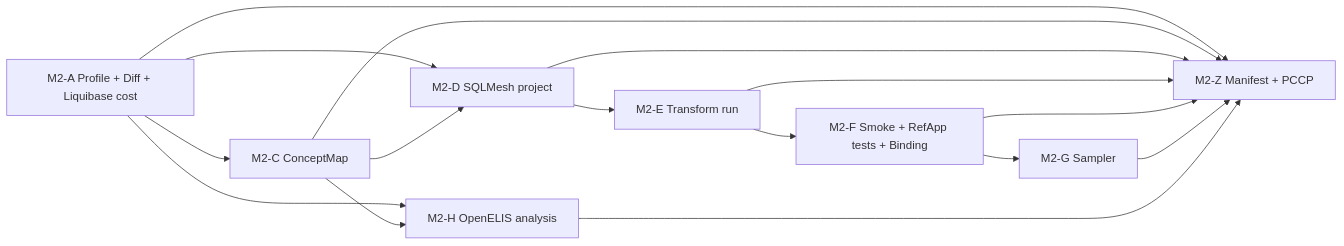
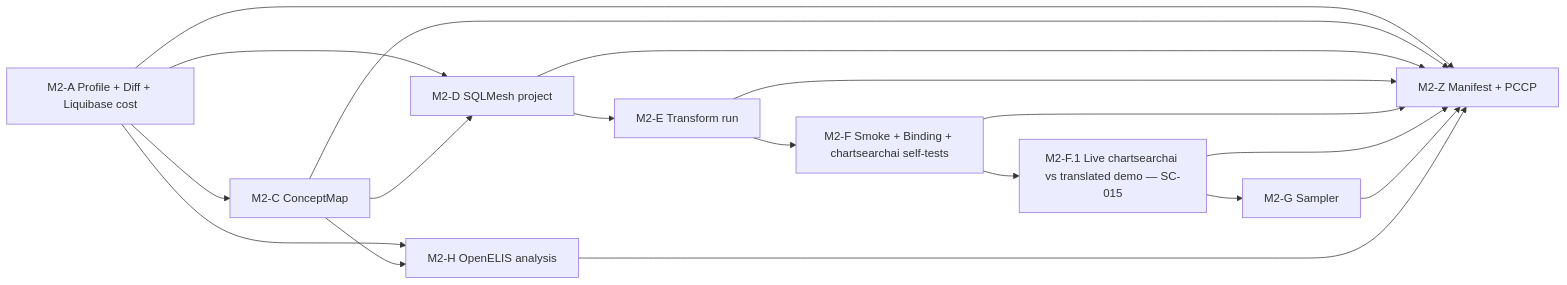
Before and after one commit to pmanko/clinical-ai-validation-harness: the diagram in specs/002-openmrs-demo-data-2-8-remap/plan.md, drawn with Mermaid. The commit also changed other lines of this file and 2 other files, not shown here.

First line of the commit message:
feat(002): add SC-015 first-real-milestone + M2-F.1 live chartsearchai path + T063a-c / T064a-f tasks (closes G1, C1, G3, G2, G4, I1, I5, I6, G5, U2)

````diff
--- a/specs/002-openmrs-demo-data-2-8-remap/plan.md
+++ b/specs/002-openmrs-demo-data-2-8-remap/plan.md
@@ -103,18 +104,20 @@
 ```mermaid
 flowchart LR
   A[M2-A Profile + Diff + Liquibase cost] --> C[M2-C ConceptMap]
   A --> D[M2-D SQLMesh project]
   C --> D
   D --> E[M2-E Transform run]
-  E --> F[M2-F Smoke + RefApp tests + Binding]
-  F --> G[M2-G Sampler]
+  E --> F[M2-F Smoke + Binding + chartsearchai self-tests]
+  F --> F1[M2-F.1 Live chartsearchai vs translated demo — SC-015]
+  F1 --> G[M2-G Sampler]
   A --> H[M2-H OpenELIS analysis]
   C --> H
   A --> Z[M2-Z Manifest + PCCP]
   C --> Z
   D --> Z
   E --> Z
   F --> Z
+  F1 --> Z
   G --> Z
   H --> Z
 ```
````
